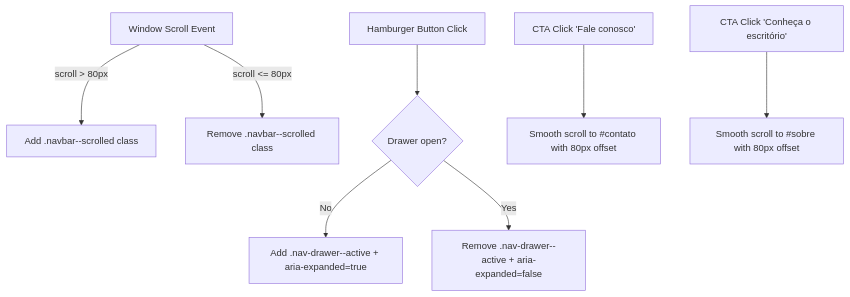
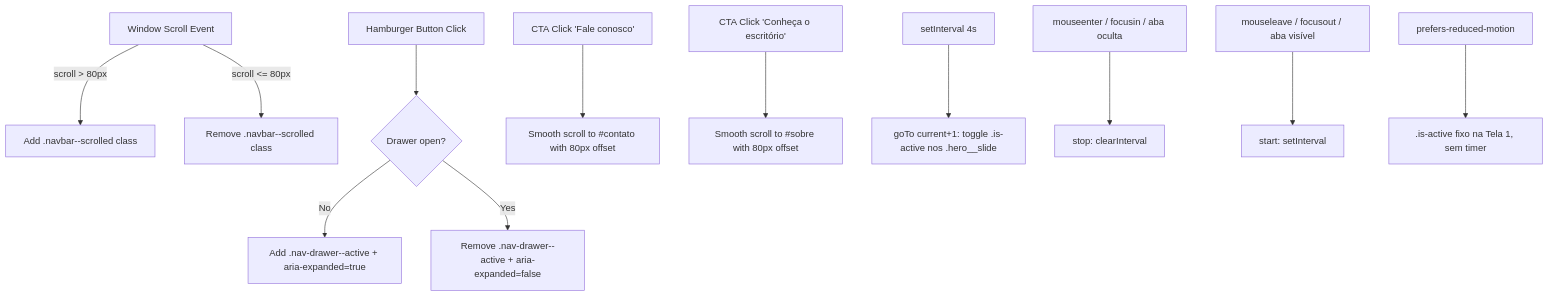
Before and after one commit to MaxxTak/landing-page: the diagram in docs/specs/SPEC-US-01-hero-banner.md, drawn with Mermaid. The commit also changed other lines of this file and 48 other files, not shown here.

````diff
--- a/docs/specs/SPEC-US-01-hero-banner.md
+++ b/docs/specs/SPEC-US-01-hero-banner.md
@@ -27,12 +35,17 @@
 ```mermaid
 graph TD
     A[Window Scroll Event] -->|scroll > 80px| B[Add .navbar--scrolled class]
     A -->|scroll <= 80px| C[Remove .navbar--scrolled class]
     
     D[Hamburger Button Click] --> E{Drawer open?}
     E -- No --> F[Add .nav-drawer--active + aria-expanded=true]
     E -- Yes --> G[Remove .nav-drawer--active + aria-expanded=false]
     
     H[CTA Click 'Fale conosco'] --> I[Smooth scroll to #contato with 80px offset]
     J[CTA Click 'Conheça o escritório'] --> K[Smooth scroll to #sobre with 80px offset]
+
+    L[setInterval 4s] --> M[goTo current+1: toggle .is-active nos .hero__slide]
+    N[mouseenter / focusin / aba oculta] --> O[stop: clearInterval]
+    P[mouseleave / focusout / aba visível] --> Q[start: setInterval]
+    R[prefers-reduced-motion] --> S[.is-active fixo na Tela 1, sem timer]
 ```
````
